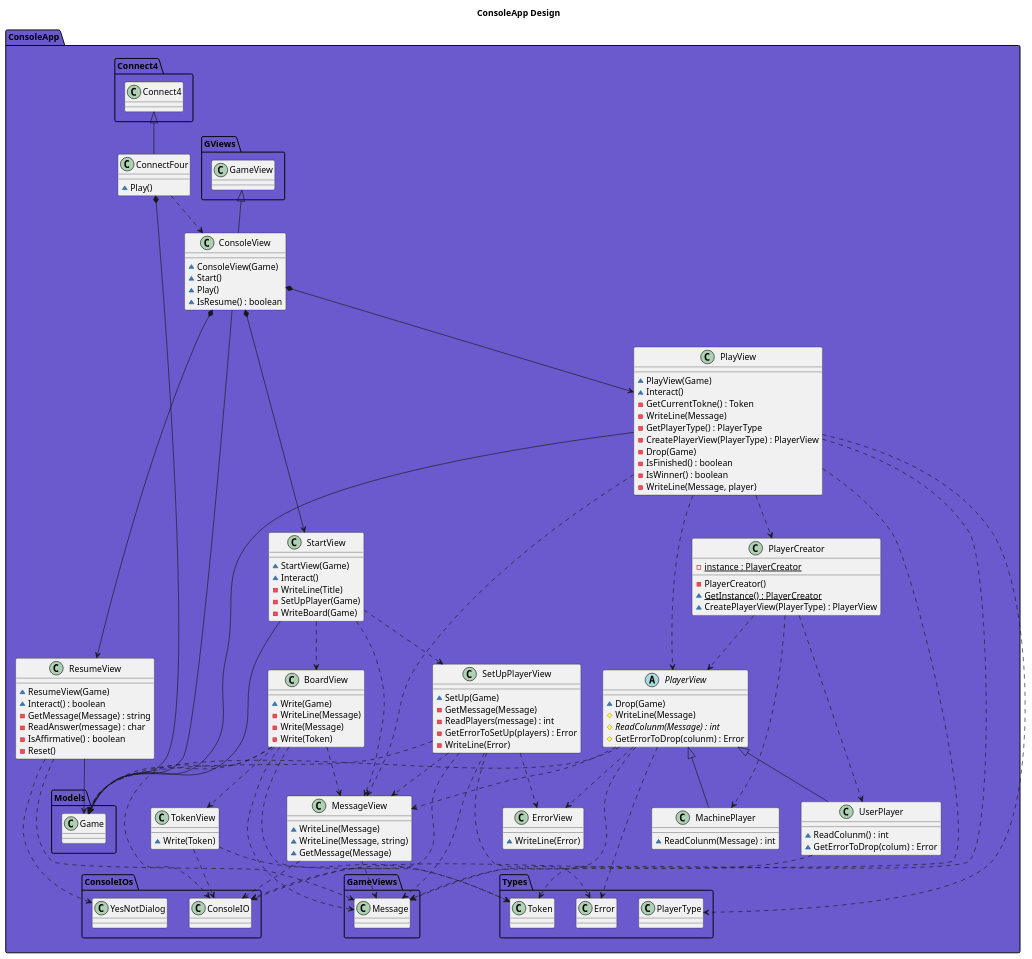
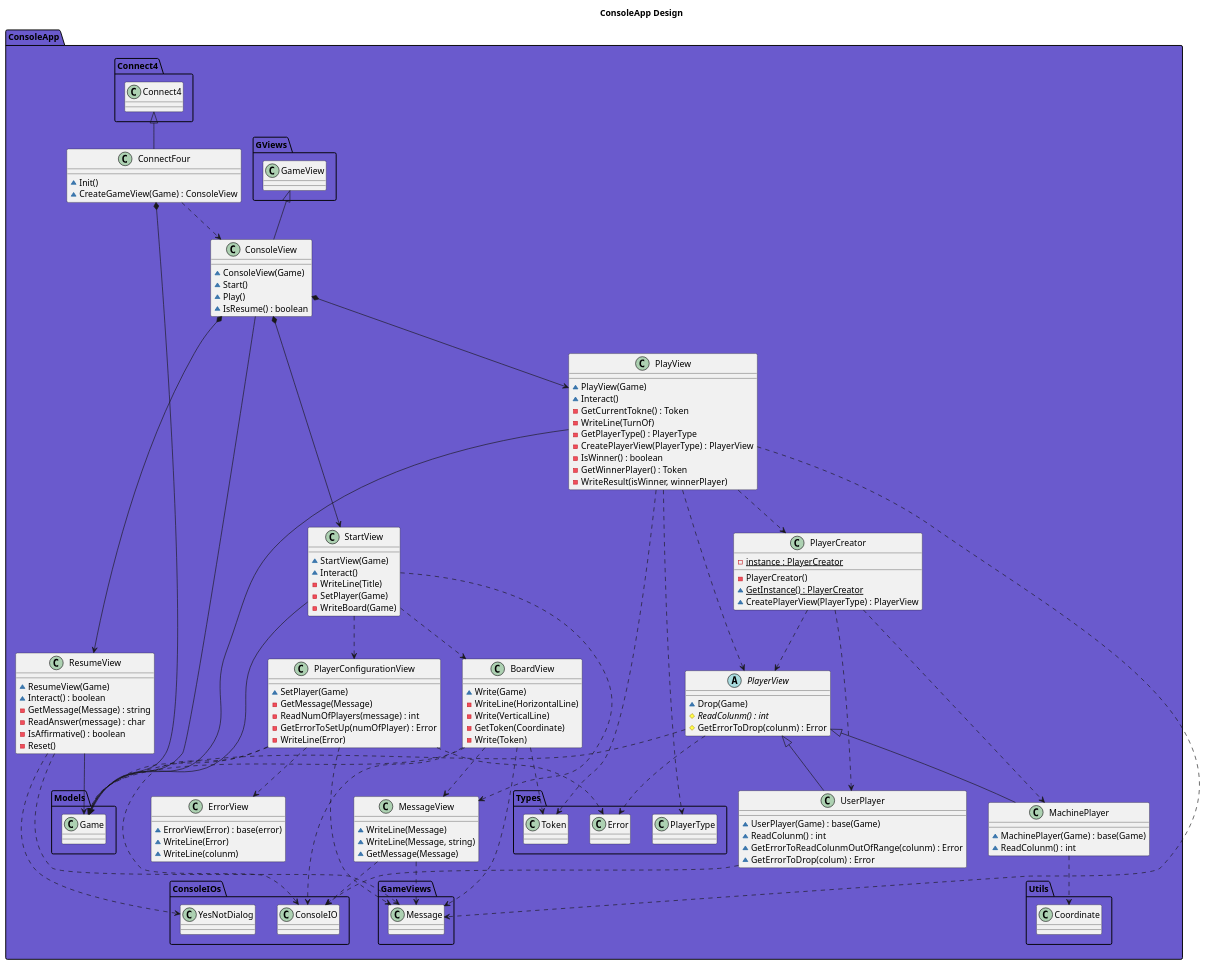
One commit to franpaulinoinfante/MasterSoftwareDevelopment changed the third of 7 diagrams in src/Connect4/DocumentView/WithFactoryMethod/Docs/Design.plantuml. Above: the diagram before and after it, drawn with PlantUML. The commit also changed other lines of this file and 28 other files, not shown here.

```diff
--- a/src/Connect4/DocumentView/WithFactoryMethod/Docs/Design.plantuml
+++ b/src/Connect4/DocumentView/WithFactoryMethod/Docs/Design.plantuml
@@ -53,147 +53,141 @@
 @startuml ConsoleApp
 title ConsoleApp Design
 package ConsoleApp #SlateBlue{
     class ConnectFour{
-        ~Play()
+        ~Init()
+        ~CreateGameView(Game) : ConsoleView
     }
     ConnectFour -up-|> Connect4.Connect4
     ConnectFour ..> ConsoleView
     ConnectFour *--> Models.Game
 
     class ConsoleView{
         ~ConsoleView(Game)
         ~Start()
         ~Play()
         ~IsResume() : boolean
     }
     ConsoleView -up-|> GViews.GameView
     ConsoleView --> Models.Game
     ConsoleView *--> StartView
     ConsoleView *--> PlayView
     ConsoleView *--> ResumeView
 
     class StartView{
         ~StartView(Game)
         ~Interact()
         -WriteLine(Title)
-        -SetUpPlayer(Game)
+        -SetPlayer(Game)
         -WriteBoard(Game)
     }
     StartView --> Models.Game
     StartView ..> MessageView
-    StartView ..> SetUpPlayerView
+    StartView ..> PlayerConfigurationView
     StartView ..> BoardView
 
     class PlayView{
         ~PlayView(Game)
         ~Interact()
         -GetCurrentTokne() : Token
-        -WriteLine(Message)
+        -WriteLine(TurnOf)
         -GetPlayerType() : PlayerType
         -CreatePlayerView(PlayerType) : PlayerView
-        -Drop(Game)
-        -IsFinished() : boolean
         -IsWinner() : boolean
-        -WriteLine(Message, player)
+        -GetWinnerPlayer() : Token
+        -WriteResult(isWinner, winnerPlayer)
     }
     PlayView --> Models.Game
     PlayView ..> Types.Token
     PlayView ..> GameViews.Message
-    PlayView ..> MessageView
     PlayView ..> Types.PlayerType
     PlayView ..> PlayerView
     PlayView ..> PlayerCreator
 
     class ResumeView{
         ~ResumeView(Game)
         ~Interact() : boolean
         -GetMessage(Message) : string
         -ReadAnswer(message) : char
         -IsAffirmative() : boolean
         -Reset()
     }
     ResumeView --> Models.Game
     ResumeView ..> GameViews.Message
     ResumeView ..> ConsoleIOs.YesNotDialog
 
     class MessageView{
         ~WriteLine(Message)
         ~WriteLine(Message, string)
         ~GetMessage(Message)
     }
     MessageView ..> GameViews.Message
     MessageView ..> ConsoleIOs.ConsoleIO
 
-    class SetUpPlayerView{
-        ~SetUp(Game)
+    class PlayerConfigurationView{
+        ~SetPlayer(Game)
         -GetMessage(Message)
-        -ReadPlayers(message) : int
-        -GetErrorToSetUp(players) : Error
+        -ReadNumOfPlayers(message) : int
+        -GetErrorToSetUp(numOfPlayer) : Error
         -WriteLine(Error)
     }
-    SetUpPlayerView ..> Models.Game
-    SetUpPlayerView ..> ConsoleIOs.ConsoleIO
-    SetUpPlayerView ..> GameViews.Message
-    SetUpPlayerView ..> MessageView
-    SetUpPlayerView ..> Types.Error
-    SetUpPlayerView ..> ErrorView
+    PlayerConfigurationView ..> Models.Game
+    PlayerConfigurationView ..> ConsoleIOs.ConsoleIO
+    PlayerConfigurationView ..> GameViews.Message
+    PlayerConfigurationView ..> Types.Error
+    PlayerConfigurationView ..> ErrorView
 
     class ErrorView{
+        ~ErrorView(Error) : base(error)
         ~WriteLine(Error)
+        ~WriteLine(colunm)
     }
 
     class BoardView{
         ~Write(Game)
-        -WriteLine(Message)
-        -Write(Message)
+        -WriteLine(HorizontalLine)
+        -Write(VerticalLine)
+        -GetToken(Coordinate)
         -Write(Token)
     }
     BoardView ..> Models.Game
     BoardView ..> GameViews.Message
     BoardView ..> MessageView
     BoardView ..> Types.Token
-    BoardView ..> TokenView
     BoardView ..> ConsoleIOs.ConsoleIO
-
-    class TokenView{
-        ~Write(Token)
-    }
-    TokenView ..> Types.Token
-    TokenView ..> ConsoleIOs.ConsoleIO
 
     class PlayerCreator{
         -{static}instance : PlayerCreator
         -PlayerCreator()
         ~{static}GetInstance() : PlayerCreator
         ~CreatePlayerView(PlayerType) : PlayerView
     }
     PlayerCreator ..> PlayerView
     PlayerCreator ..> UserPlayer
     PlayerCreator ..> MachinePlayer
 
     abstract PlayerView{
         ~Drop(Game)
-        #WriteLine(Message)
-        #{abstract}ReadColunm(Message) : int
+        #{abstract}ReadColunm() : int
         #GetErrorToDrop(colunm) : Error        
     }
     PlayerView <|-- UserPlayer
     PlayerView <|-- MachinePlayer
     PlayerView ..> Models.Game
     PlayerView ..> Types.Error
-    PlayerView ..> ErrorView
-    PlayerView ..> GameViews.Message
-    PlayerView ..> MessageView
 
 
     class UserPlayer{
+        ~UserPlayer(Game) : base(Game)
         ~ReadColunm() : int
+        ~GetErrorToReadColunmOutOfRange(colunm) : Error
         ~GetErrorToDrop(colum) : Error
     }
     UserPlayer ..> ConsoleIOs.ConsoleIO
 
     class MachinePlayer{
-        ~ReadColunm(Message) : int
+        ~MachinePlayer(Game) : base(Game)
+        ~ReadColunm() : int
     }
+    MachinePlayer ..> Utils.Coordinate
 }
 @enduml
```
